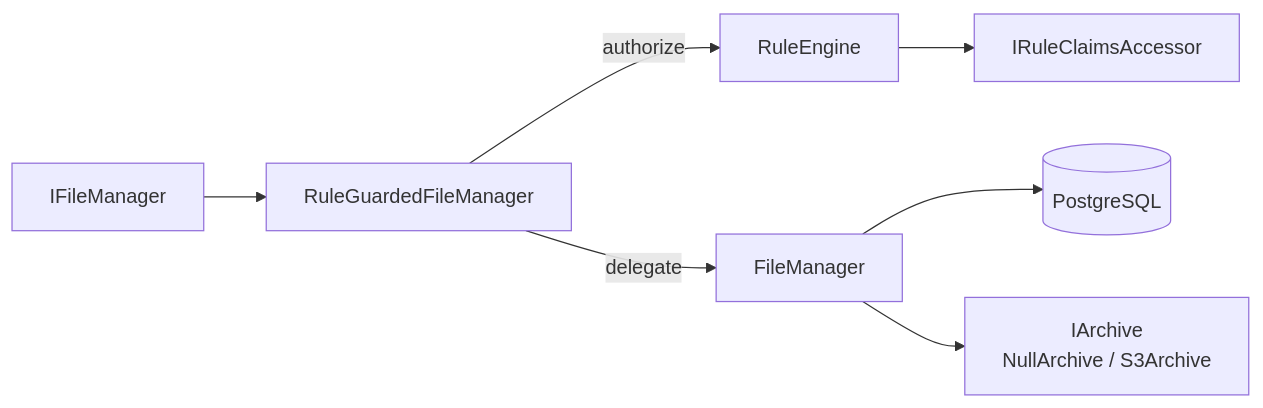
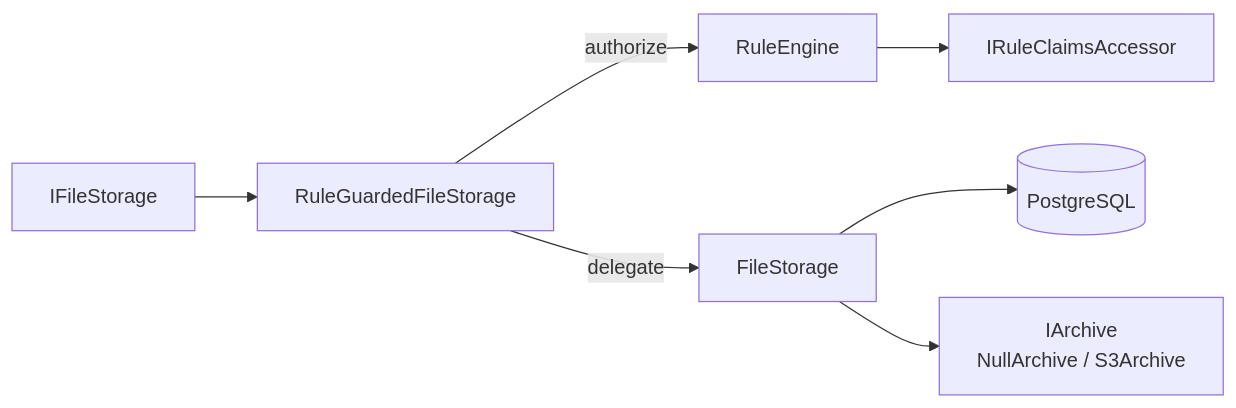
Before and after one commit to FlameOfUdun/winche-storage: the second of 6 diagrams in README.md, drawn with Mermaid. The commit also changed other lines of this file and 23 other files, not shown here.

````diff
--- a/README.md
+++ b/README.md
@@ -39,9 +39,9 @@
 ```mermaid
 flowchart LR
-    IFM["IFileManager"] --> Guard["RuleGuardedFileManager"]
+    IFM["IFileStorage"] --> Guard["RuleGuardedFileStorage"]
     Guard -->|authorize| Engine["RuleEngine"]
-    Guard -->|delegate| Core["FileManager"]
+    Guard -->|delegate| Core["FileStorage"]
     Engine --> Claims["IRuleClaimsAccessor"]
     Core --> DB[("PostgreSQL")]
     Core --> Archive["IArchive<br/>NullArchive / S3Archive"]
 ```
````
